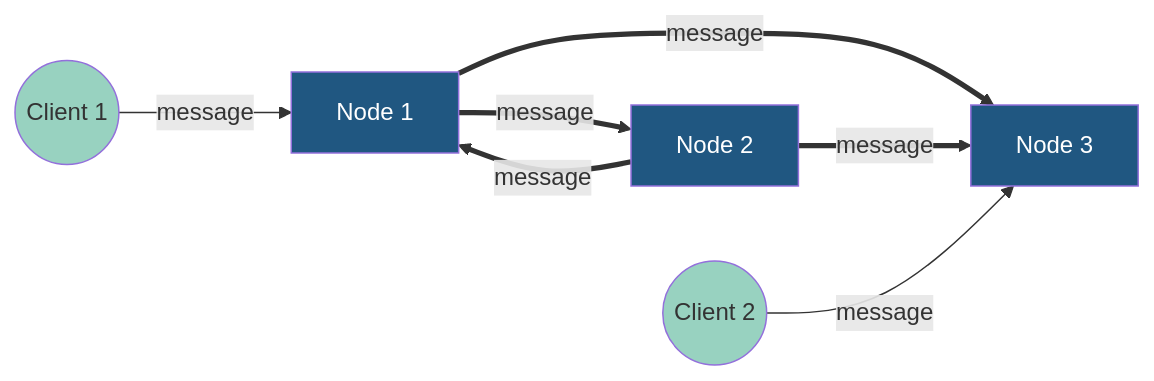
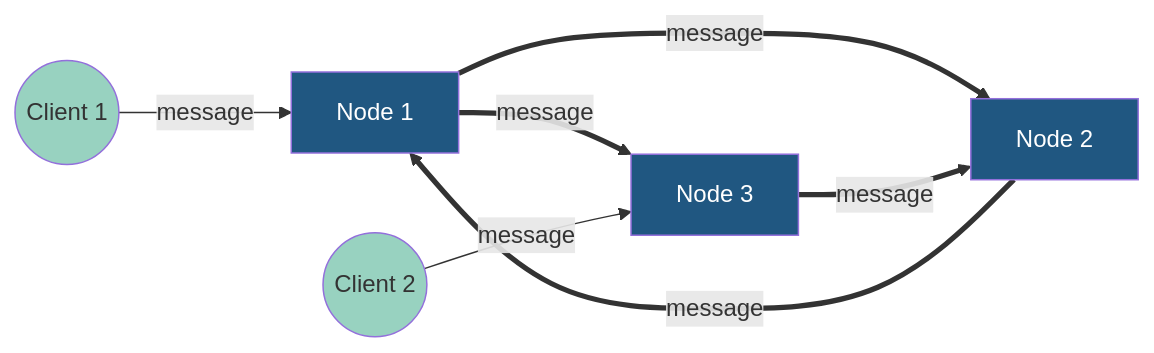
One commit to niklas-enns/message-broker changed the second of 2 diagrams in README.md. Above: the diagram before and after it, drawn with Mermaid.

Commit message:
reformat table

````diff
--- a/README.md
+++ b/README.md
@@ -84,17 +84,17 @@
 ```mermaid
 graph LR;
     N1[Node 1]==>|message|N2[Node 2]
     N1==>|message|N3[Node 3]
     N2==>|message|N1
-    N2==>|message|N3
+    N3==>|message|N2
     
     C1((Client 1))-->|message|N1;
     C2((Client 2))-->|message|N3;
     
     classDef c1 fill:#205781,color:white;
     classDef c2 fill:#4F959D,color:white;
     classDef c3 fill:#98D2C0;
     classDef c4 fill:#F6F8D5;
     class N1,N2,N3 c1
     class C1,C2,C3,C4 c3
 ```
````
